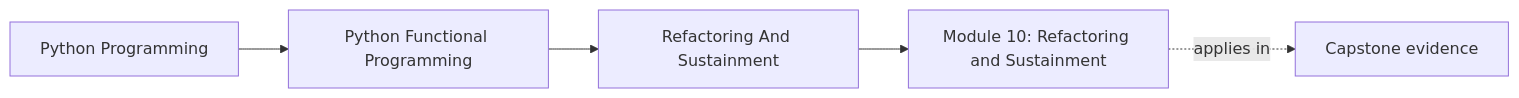
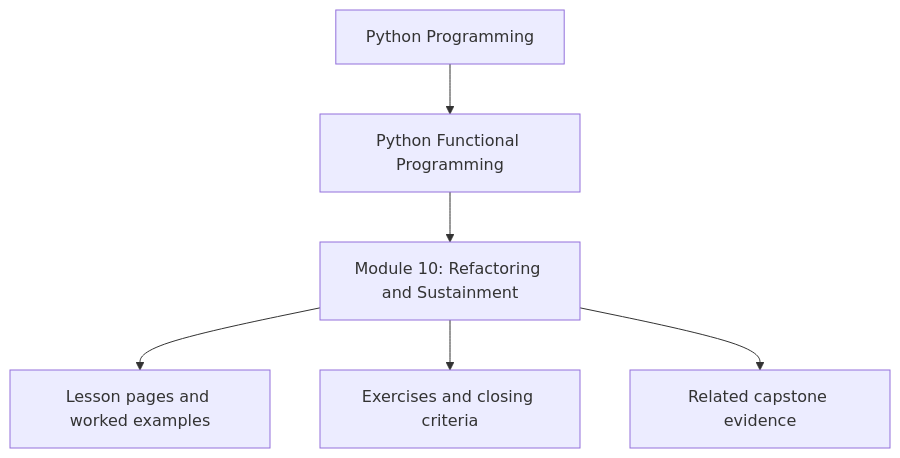
Before and after one commit to bijux/bijux-masterclass: the first of 2 diagrams in programs/python-programming/python-functional-programming/course-book/module-10-refactoring-and-sustainment/index.md, drawn with Mermaid. The commit also changed other lines of this file and 10 other files, not shown here.

Commit message:
docs(python-functional-programming): reposition module overview diagrams

````diff
--- a/programs/python-programming/python-functional-programming/course-book/module-10-refactoring-and-sustainment/index.md
+++ b/programs/python-programming/python-functional-programming/course-book/module-10-refactoring-and-sustainment/index.md
@@ -7,11 +7,8 @@
 ```mermaid
-graph LR
-  family["Python Programming"]
-  program["Python Functional Programming"]
-  section["Refactoring And Sustainment"]
-  page["Module 10: Refactoring and Sustainment"]
-  capstone["Capstone evidence"]
-
-  family --> program --> section --> page
-  page -.applies in.-> capstone
+flowchart TD
+  family["Python Programming"] --> program["Python Functional Programming"]
+  program --> module["Module 10: Refactoring and Sustainment"]
+  module --> lessons["Lesson pages and worked examples"]
+  module --> checkpoints["Exercises and closing criteria"]
+  module --> capstone["Related capstone evidence"]
 ```
````
